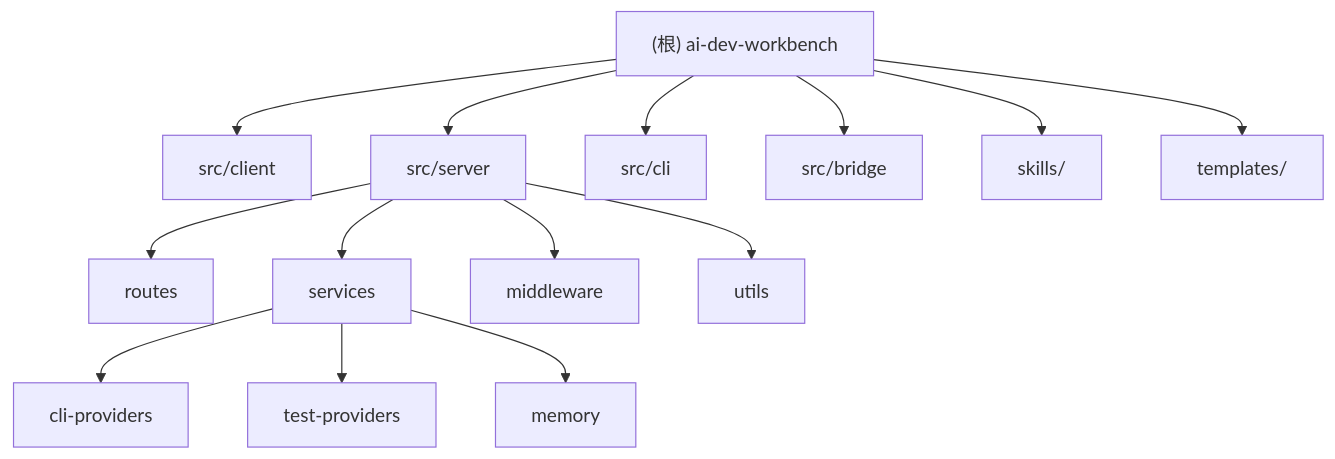
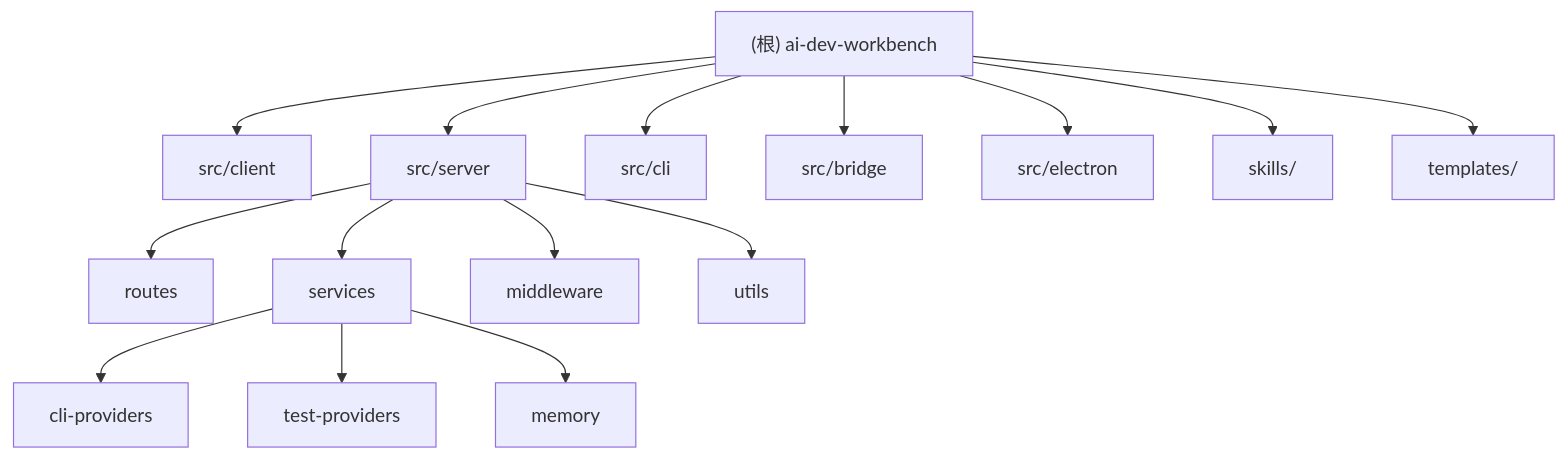
Before and after one commit to oCo0c0/ai-dev-workflow: the diagram in CLAUDE.md, drawn with Mermaid. The commit also changed other lines of this file and 6 other files, not shown here.

````diff
--- a/CLAUDE.md
+++ b/CLAUDE.md
@@ -21,23 +21,25 @@
 ```mermaid
 graph TD
     ROOT["(根) ai-dev-workbench"] --> CLIENT["src/client"]
     ROOT --> SERVER["src/server"]
     ROOT --> CLI["src/cli"]
     ROOT --> BRIDGE["src/bridge"]
+    ROOT --> ELECTRON["src/electron"]
     ROOT --> SKILLS["skills/"]
     ROOT --> TEMPLATES["templates/"]
 
     SERVER --> ROUTES["routes"]
     SERVER --> SERVICES["services"]
     SERVER --> MIDDLEWARE["middleware"]
     SERVER --> UTILS["utils"]
 
     SERVICES --> CLI_PROVIDERS["cli-providers"]
     SERVICES --> TEST_PROVIDERS["test-providers"]
     SERVICES --> MEMORY["memory"]
 
     click CLIENT "./src/client/CLAUDE.md" "查看 client 模块文档"
     click SERVER "./src/server/CLAUDE.md" "查看 server 模块文档"
     click CLI "./src/cli/CLAUDE.md" "查看 cli 模块文档"
     click BRIDGE "./src/bridge/CLAUDE.md" "查看 bridge 模块文档"
+    click ELECTRON "./src/electron/CLAUDE.md" "查看 electron 模块文档"
 ```
````
